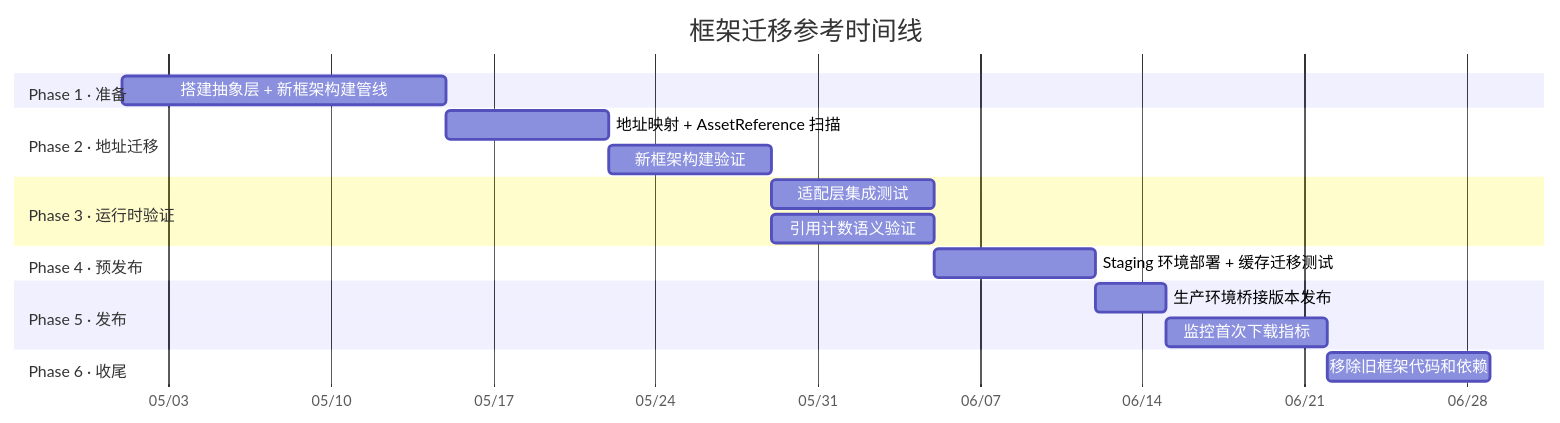
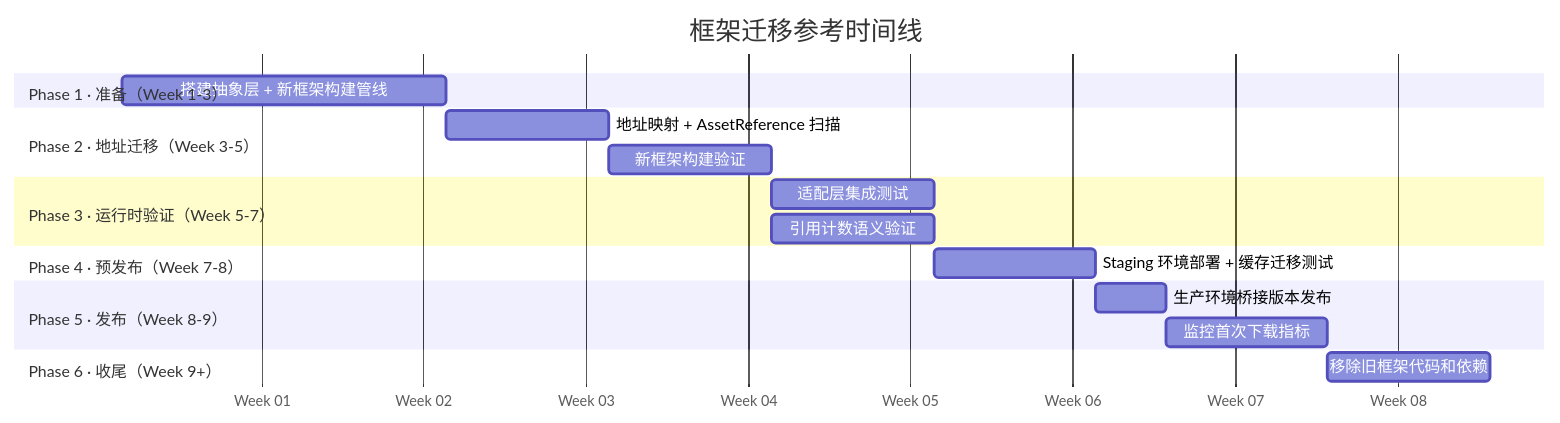
One commit to TwoEggDu/twoegg-tech-stack changed the third of 3 diagrams in content/problem-solving/addressables-yooasset-migration-path-compatibility-pitfalls.md. Above: the diagram before and after it, drawn with Mermaid. The commit also changed other lines of this file and 17 other files, not shown here.

````diff
--- a/content/problem-solving/addressables-yooasset-migration-path-compatibility-pitfalls.md
+++ b/content/problem-solving/addressables-yooasset-migration-path-compatibility-pitfalls.md
@@ -584,21 +584,21 @@
 ```mermaid
 gantt
     title 框架迁移参考时间线
     dateFormat  YYYY-MM-DD
-    axisFormat  %m/%d
-    section Phase 1 · 准备
-    搭建抽象层 + 新框架构建管线     :a1, 2026-05-01, 14d
-    section Phase 2 · 地址迁移
+    axisFormat  Week %W
+    section Phase 1 · 准备（Week 1-3）
+    搭建抽象层 + 新框架构建管线     :a1, 2024-01-01, 14d
+    section Phase 2 · 地址迁移（Week 3-5）
     地址映射 + AssetReference 扫描  :a2, after a1, 7d
     新框架构建验证                  :a3, after a2, 7d
-    section Phase 3 · 运行时验证
+    section Phase 3 · 运行时验证（Week 5-7）
     适配层集成测试                  :a4, after a3, 7d
     引用计数语义验证                :a5, after a3, 7d
-    section Phase 4 · 预发布
+    section Phase 4 · 预发布（Week 7-8）
     Staging 环境部署 + 缓存迁移测试 :a6, after a5, 7d
-    section Phase 5 · 发布
+    section Phase 5 · 发布（Week 8-9）
     生产环境桥接版本发布             :a7, after a6, 3d
     监控首次下载指标                 :a8, after a7, 7d
-    section Phase 6 · 收尾
+    section Phase 6 · 收尾（Week 9+）
     移除旧框架代码和依赖             :a9, after a8, 7d
 ```
````
